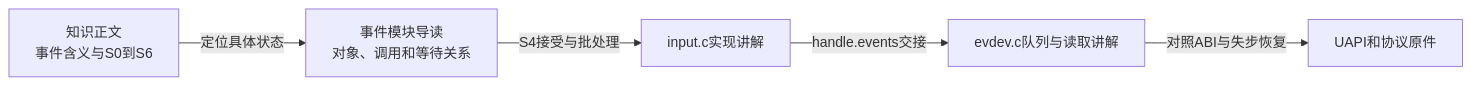
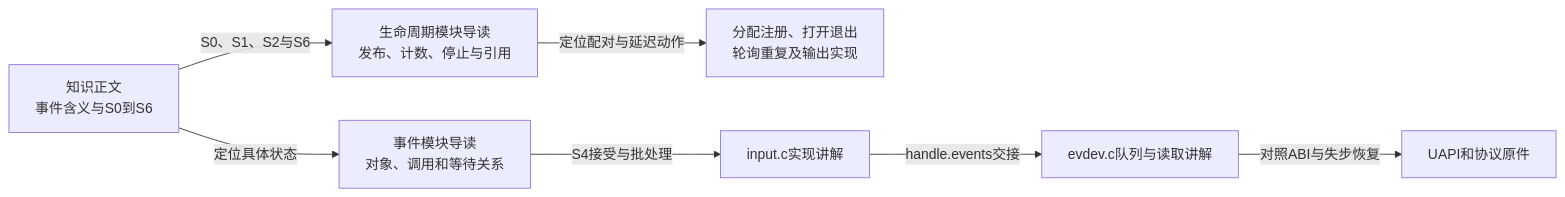
The diagram in research/source_reading/input/navigation/P01_Linux_6.12_Input源码阅读索引.md (FormingSystem/linux_note), drawn with Mermaid before and after one commit. The commit also changed other lines of this file and 13 other files, not shown here.

````diff
--- a/research/source_reading/input/navigation/P01_Linux_6.12_Input源码阅读索引.md
+++ b/research/source_reading/input/navigation/P01_Linux_6.12_Input源码阅读索引.md
@@ -35,7 +35,9 @@
 ```mermaid
 flowchart LR
     k["知识正文<br/>事件含义与S0到S6"] -->|"定位具体状态"| n["事件模块导读<br/>对象、调用和等待关系"]
+    k -->|"S0、S1、S2与S6"| life["生命周期模块导读<br/>发布、计数、停止与引用"]
+    life -->|"定位配对与延迟动作"| impl["分配注册、打开退出<br/>轮询重复及输出实现"]
     n -->|"S4接受与批处理"| c["input.c实现讲解"]
     c -->|"handle.events交接"| e["evdev.c队列与读取讲解"]
     e -->|"对照ABI与失步恢复"| u["UAPI和协议原件"]
 ```
````
